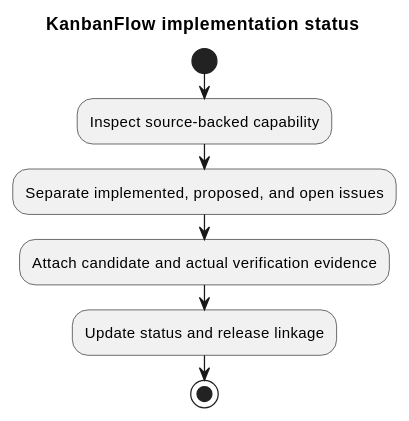
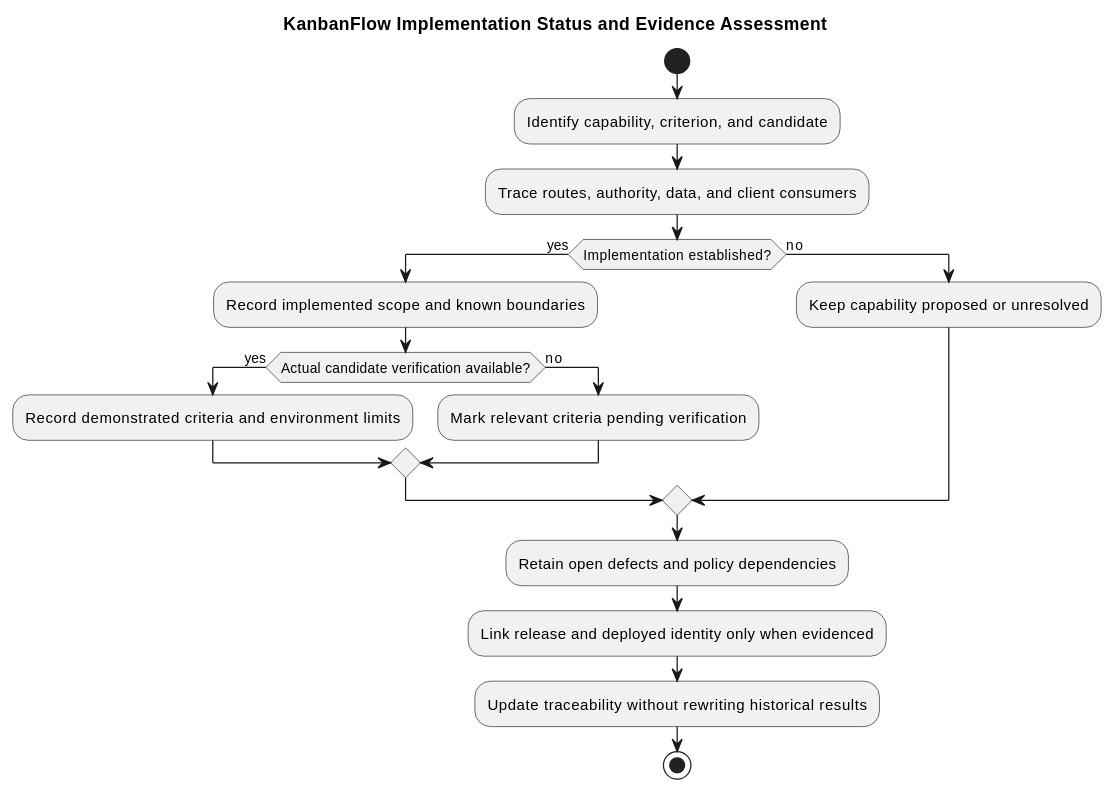
The diagram in docs/SDLC/05-implementation/implementation-status.md (Farhad-Valizadegan/Web-KanbanFlow), drawn with PlantUML before and after one commit. The commit also changed other lines of this file and 2 other files, not shown here.

Commit message:
docs: complete implementation status evidence and capability boundaries

````diff
--- a/docs/SDLC/05-implementation/implementation-status.md
+++ b/docs/SDLC/05-implementation/implementation-status.md
@@ -40,11 +102,22 @@
 ```plantuml
 @startuml
-title KanbanFlow implementation status
+title KanbanFlow Implementation Status and Evidence Assessment
 start
-:Inspect source-backed capability;
-:Separate implemented, proposed, and open issues;
-:Attach candidate and actual verification evidence;
-:Update status and release linkage;
+:Identify capability, criterion, and candidate;
+:Trace routes, authority, data, and client consumers;
+if (Implementation established?) then (yes)
+ :Record implemented scope and known boundaries;
+ if (Actual candidate verification available?) then (yes)
+  :Record demonstrated criteria and environment limits;
+ else (no)
+  :Mark relevant criteria pending verification;
+ endif
+else (no)
+ :Keep capability proposed or unresolved;
+endif
+:Retain open defects and policy dependencies;
+:Link release and deployed identity only when evidenced;
+:Update traceability without rewriting historical results;
 stop
 @enduml
 ```
````
